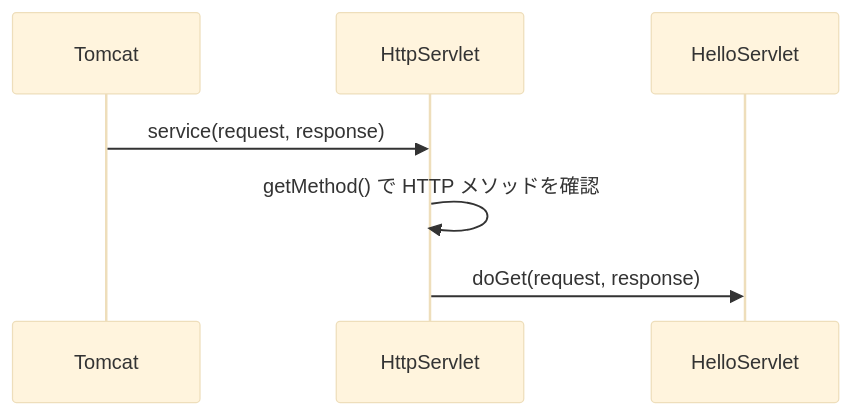
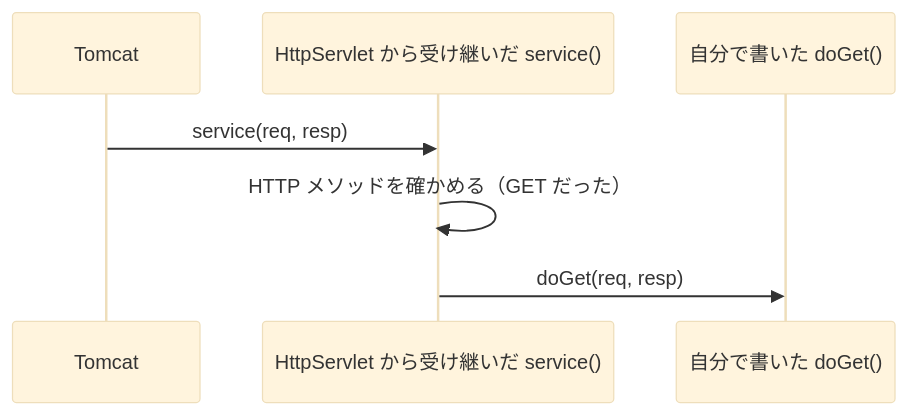
Before and after one commit to Appricot144/teaching-material: the diagram in servlet/03-servlet-invocation/03-service-dispatch.md, drawn with Mermaid (base theme). The commit also changed other lines of this file and 3 other files, not shown here.

````diff
--- a/servlet/03-servlet-invocation/03-service-dispatch.md
+++ b/servlet/03-servlet-invocation/03-service-dispatch.md
@@ -9,9 +20,9 @@
 ```mermaid
 sequenceDiagram
     participant T as Tomcat
-    participant H as HttpServlet
-    participant S as HelloServlet
-    T->>H: service(request, response)
-    H->>H: getMethod() で HTTP メソッドを確認
-    H->>S: doGet(request, response)
+    participant H as HttpServlet から受け継いだ service()
+    participant S as 自分で書いた doGet()
+    T->>H: service(req, resp)
+    H->>H: HTTP メソッドを確かめる（GET だった）
+    H->>S: doGet(req, resp)
 ```
````
